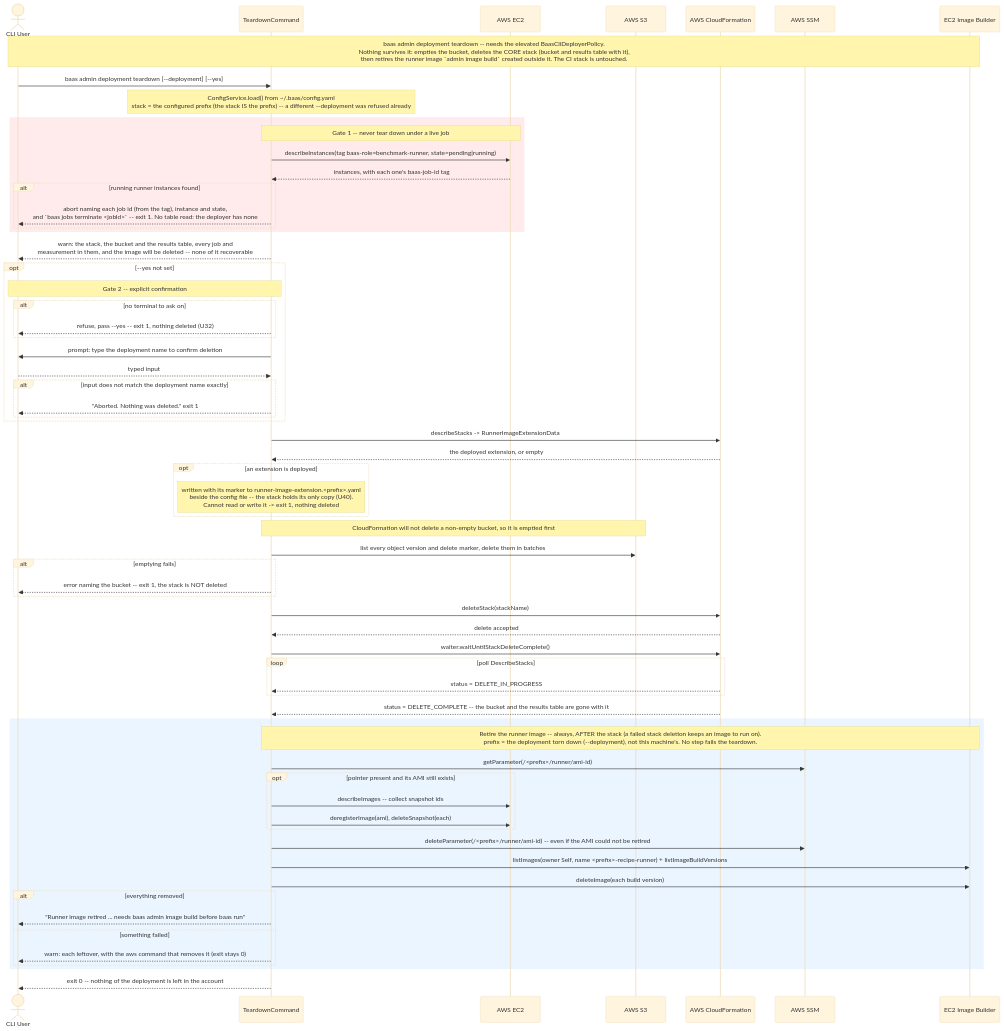
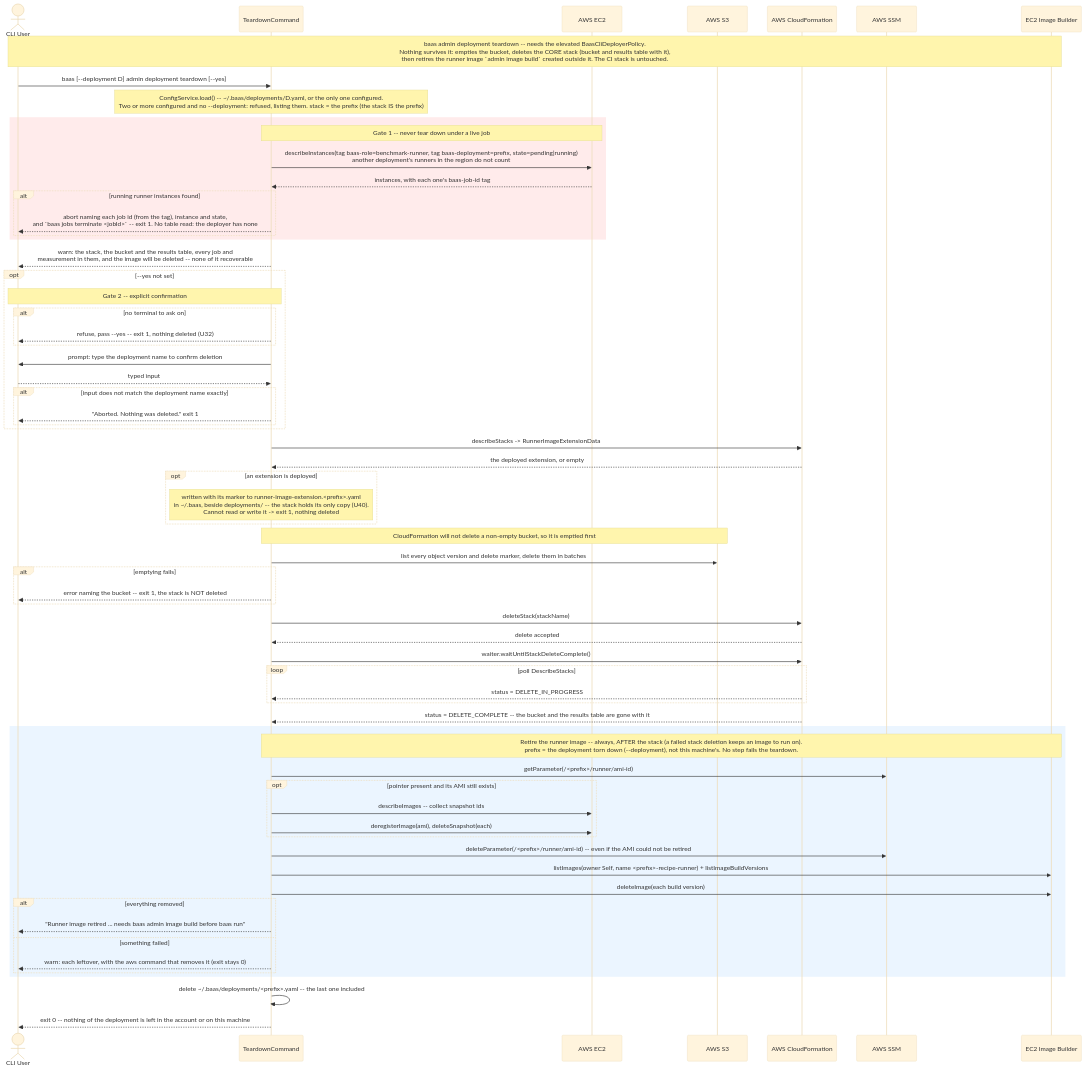
The diagram in docs/diagrams/baas-teardown.mmd (wsztajerowski/benchmark-as-a-service), drawn with Mermaid (base theme) before and after one commit. The commit also changed 17 other files, not shown here.

First line of the commit message:
docs: record several deployments per account (ADR 0006) and close U36, C5, U33

```diff
--- a/docs/diagrams/baas-teardown.mmd
+++ b/docs/diagrams/baas-teardown.mmd
@@ -1,73 +1,74 @@
 sequenceDiagram
     actor User as CLI User
     participant TD as TeardownCommand
     participant EC2 as AWS EC2
     participant S3 as AWS S3
     participant CF as AWS CloudFormation
     participant SSM as AWS SSM
     participant IB as EC2 Image Builder
 
     Note over User,IB: baas admin deployment teardown -- needs the elevated BaasCliDeployerPolicy.<br/>Nothing survives it: empties the bucket, deletes the CORE stack (bucket and results table with it),<br/>then retires the runner image `admin image build` created outside it. The CI stack is untouched.
-    User->>TD: baas admin deployment teardown [--deployment] [--yes]
-    Note over TD: ConfigService.load() from ~/.baas/config.yaml<br/>stack = the configured prefix (the stack IS the prefix) -- a different --deployment was refused already
+    User->>TD: baas [--deployment D] admin deployment teardown [--yes]
+    Note over TD: ConfigService.load() -- ~/.baas/deployments/D.yaml, or the only one configured.<br/>Two or more configured and no --deployment: refused, listing them. stack = the prefix (the stack IS the prefix)
 
     rect rgb(255, 235, 235)
         Note over TD,EC2: Gate 1 -- never tear down under a live job
-        TD->>EC2: describeInstances(tag baas-role=benchmark-runner, state=pending|running)
+        TD->>EC2: describeInstances(tag baas-role=benchmark-runner, tag baas-deployment=prefix, state=pending|running)<br/>another deployment's runners in the region do not count
         EC2-->>TD: instances, with each one's baas-job-id tag
         alt running runner instances found
             TD-->>User: abort naming each job id (from the tag), instance and state,<br/>and `baas jobs terminate <jobId>` -- exit 1. No table read: the deployer has none
         end
     end
 
     TD-->>User: warn: the stack, the bucket and the results table, every job and<br/>measurement in them, and the image will be deleted -- none of it recoverable
     opt --yes not set
         Note over TD,User: Gate 2 -- explicit confirmation
         alt no terminal to ask on
             TD-->>User: refuse, pass --yes -- exit 1, nothing deleted (U32)
         end
         TD->>User: prompt: type the deployment name to confirm deletion
         User-->>TD: typed input
         alt input does not match the deployment name exactly
             TD-->>User: "Aborted. Nothing was deleted." exit 1
         end
     end
 
     TD->>CF: describeStacks -> RunnerImageExtensionData
     CF-->>TD: the deployed extension, or empty
     opt an extension is deployed
-        Note over TD: written with its marker to runner-image-extension.<prefix>.yaml<br/>beside the config file -- the stack holds its only copy (U40).<br/>Cannot read or write it -> exit 1, nothing deleted
+        Note over TD: written with its marker to runner-image-extension.<prefix>.yaml<br/>in ~/.baas, beside deployments/ -- the stack holds its only copy (U40).<br/>Cannot read or write it -> exit 1, nothing deleted
     end
 
     Note over TD,S3: CloudFormation will not delete a non-empty bucket, so it is emptied first
     TD->>S3: list every object version and delete marker, delete them in batches
     alt emptying fails
         TD-->>User: error naming the bucket -- exit 1, the stack is NOT deleted
     end
 
     TD->>CF: deleteStack(stackName)
     CF-->>TD: delete accepted
     TD->>CF: waiter.waitUntilStackDeleteComplete()
     loop poll DescribeStacks
         CF-->>TD: status = DELETE_IN_PROGRESS
     end
     CF-->>TD: status = DELETE_COMPLETE -- the bucket and the results table are gone with it
 
     rect rgb(235, 245, 255)
         Note over TD,IB: Retire the runner image -- always, AFTER the stack (a failed stack deletion keeps an image to run on).<br/>prefix = the deployment torn down (--deployment), not this machine's. No step fails the teardown.
         TD->>SSM: getParameter(/<prefix>/runner/ami-id)
         opt pointer present and its AMI still exists
             TD->>EC2: describeImages -- collect snapshot ids
             TD->>EC2: deregisterImage(ami), deleteSnapshot(each)
         end
         TD->>SSM: deleteParameter(/<prefix>/runner/ami-id) -- even if the AMI could not be retired
         TD->>IB: listImages(owner Self, name <prefix>-recipe-runner) + listImageBuildVersions
         TD->>IB: deleteImage(each build version)
         alt everything removed
             TD-->>User: "Runner image retired ... needs baas admin image build before baas run"
         else something failed
             TD-->>User: warn: each leftover, with the aws command that removes it (exit stays 0)
         end
     end
 
-    TD-->>User: exit 0 -- nothing of the deployment is left in the account
+    TD->>TD: delete ~/.baas/deployments/<prefix>.yaml -- the last one included
+    TD-->>User: exit 0 -- nothing of the deployment is left in the account or on this machine
```
